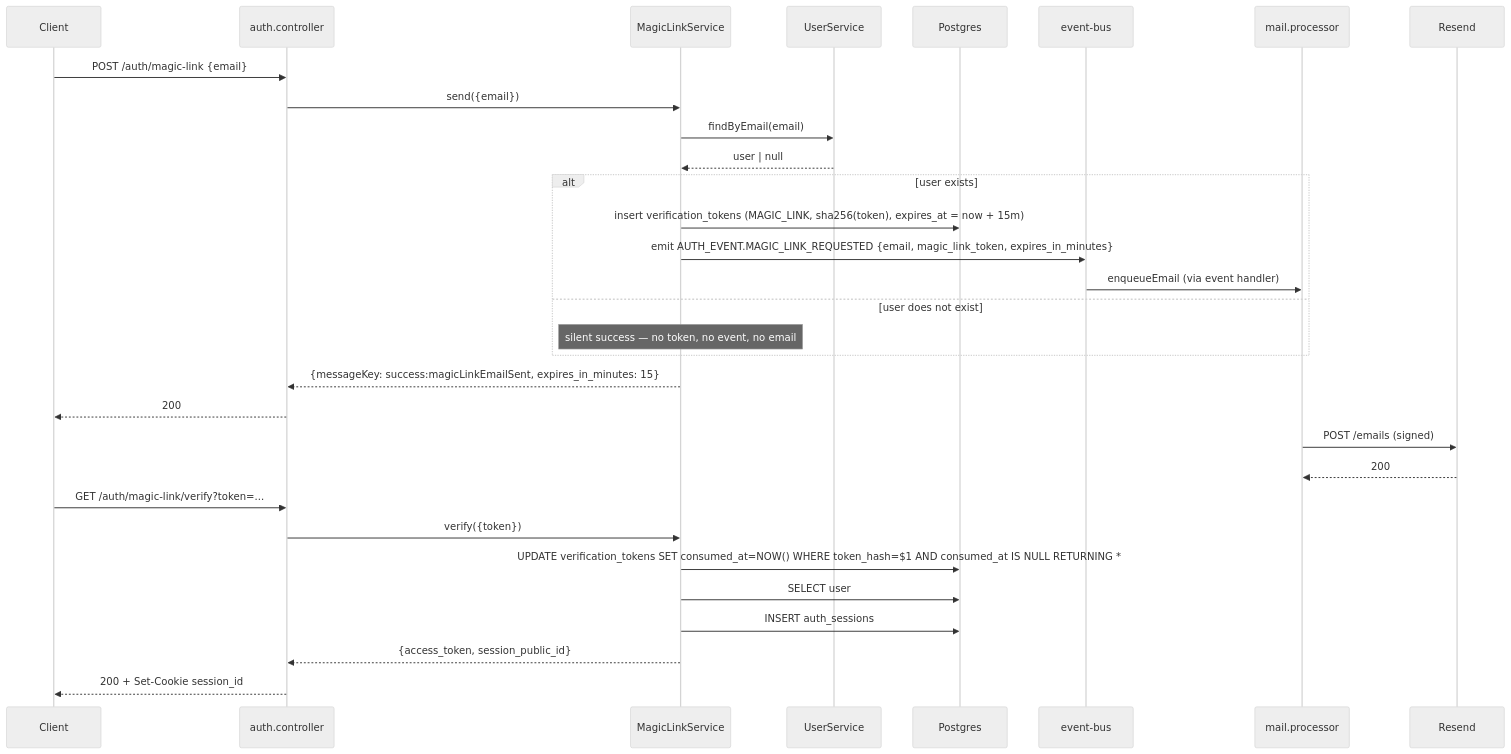
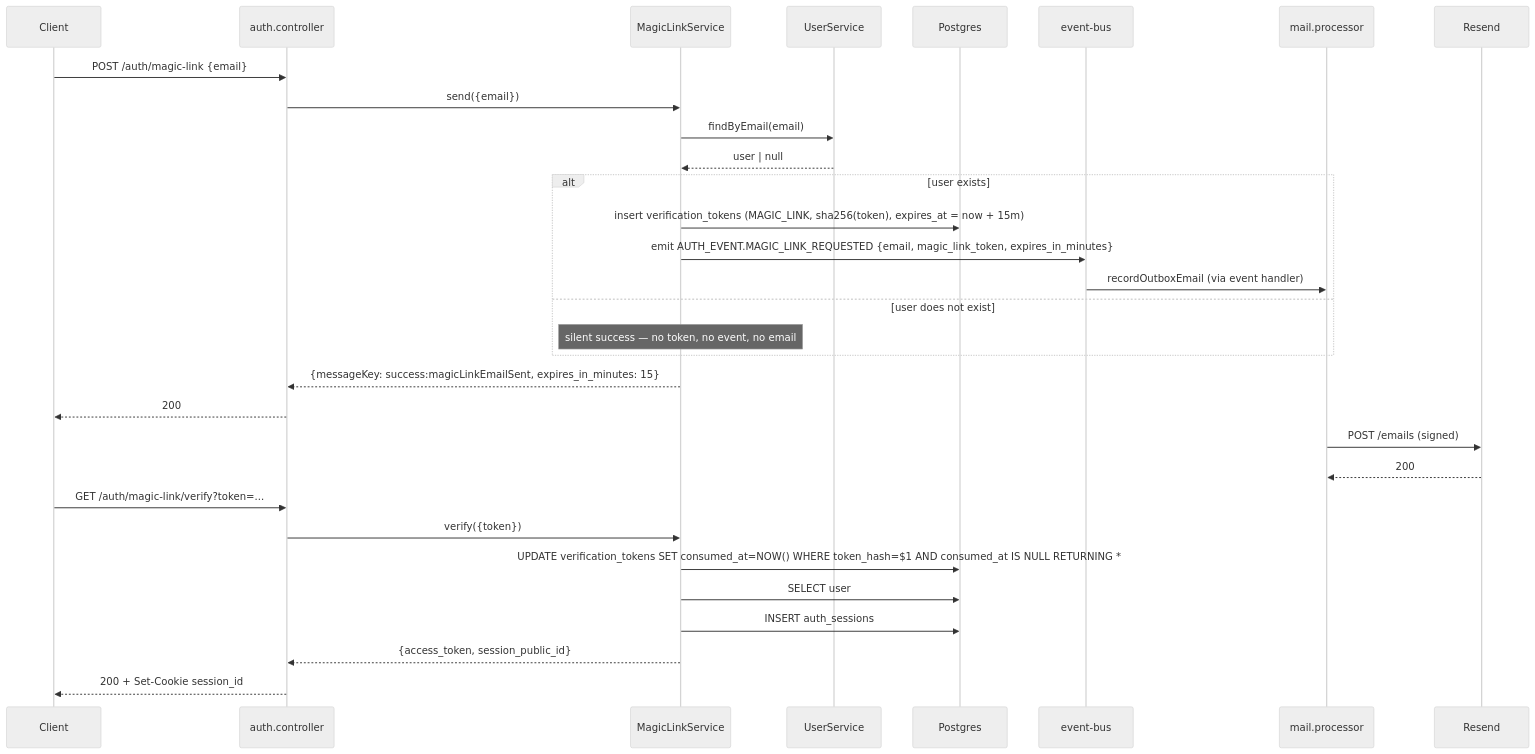
One commit to nikunjmavani/core-be changed the first of 6 diagrams in src/FLOWS.md. Above: the diagram before and after it, drawn with Mermaid (neutral theme). The commit also changed other lines of this file and 17 other files, not shown here.

````diff
--- a/src/FLOWS.md
+++ b/src/FLOWS.md
@@ -17,33 +17,33 @@
 ```mermaid
 sequenceDiagram
   participant Client
   participant Auth as auth.controller
   participant ML as MagicLinkService
   participant US as UserService
   participant DB as Postgres
   participant Bus as event-bus
   participant Mail as mail.processor
   participant Resend
   Client->>Auth: POST /auth/magic-link {email}
   Auth->>ML: send({email})
   ML->>US: findByEmail(email)
   US-->>ML: user | null
   alt user exists
     ML->>DB: insert verification_tokens (MAGIC_LINK, sha256(token), expires_at = now + 15m)
     ML->>Bus: emit AUTH_EVENT.MAGIC_LINK_REQUESTED {email, magic_link_token, expires_in_minutes}
-    Bus->>Mail: enqueueEmail (via event handler)
+    Bus->>Mail: recordOutboxEmail (via event handler)
   else user does not exist
     Note over ML: silent success — no token, no event, no email
   end
   ML-->>Auth: {messageKey: success:magicLinkEmailSent, expires_in_minutes: 15}
   Auth-->>Client: 200
   Mail->>Resend: POST /emails (signed)
   Resend-->>Mail: 200
   Client->>Auth: GET /auth/magic-link/verify?token=...
   Auth->>ML: verify({token})
   ML->>DB: UPDATE verification_tokens SET consumed_at=NOW() WHERE token_hash=$1 AND consumed_at IS NULL RETURNING *
   ML->>DB: SELECT user
   ML->>DB: INSERT auth_sessions
   ML-->>Auth: {access_token, session_public_id}
   Auth-->>Client: 200 + Set-Cookie session_id
 ```
````
